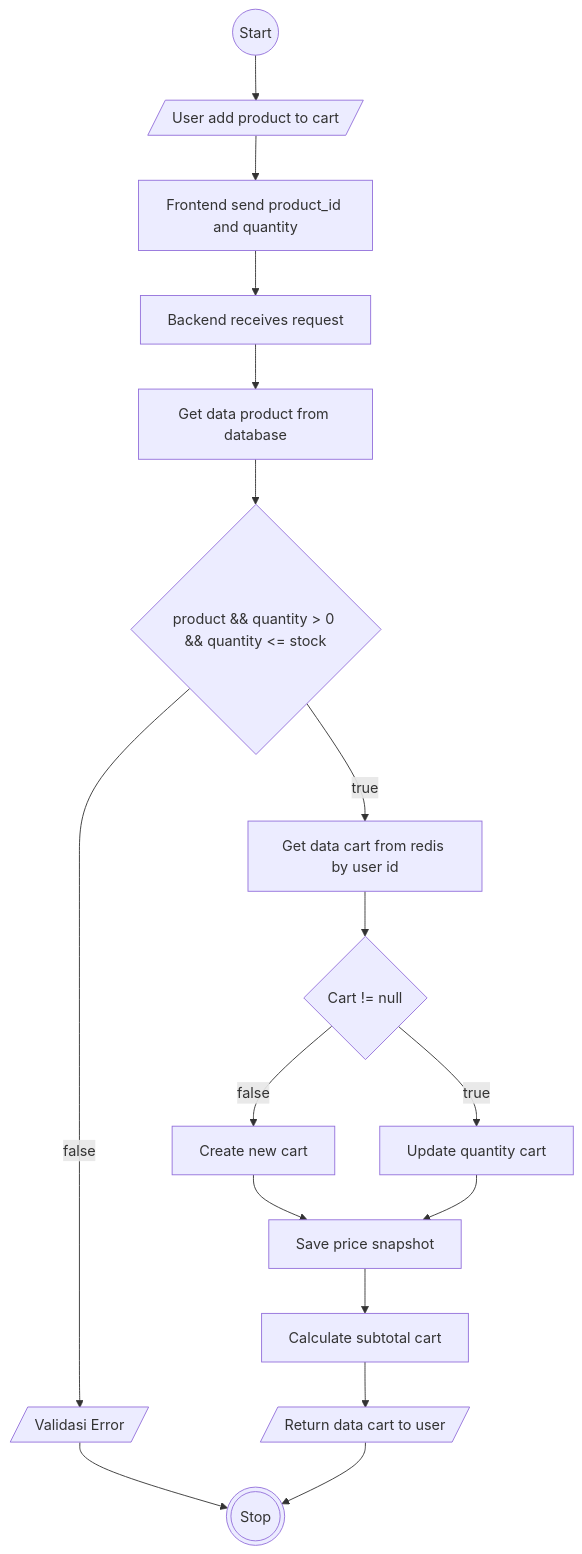
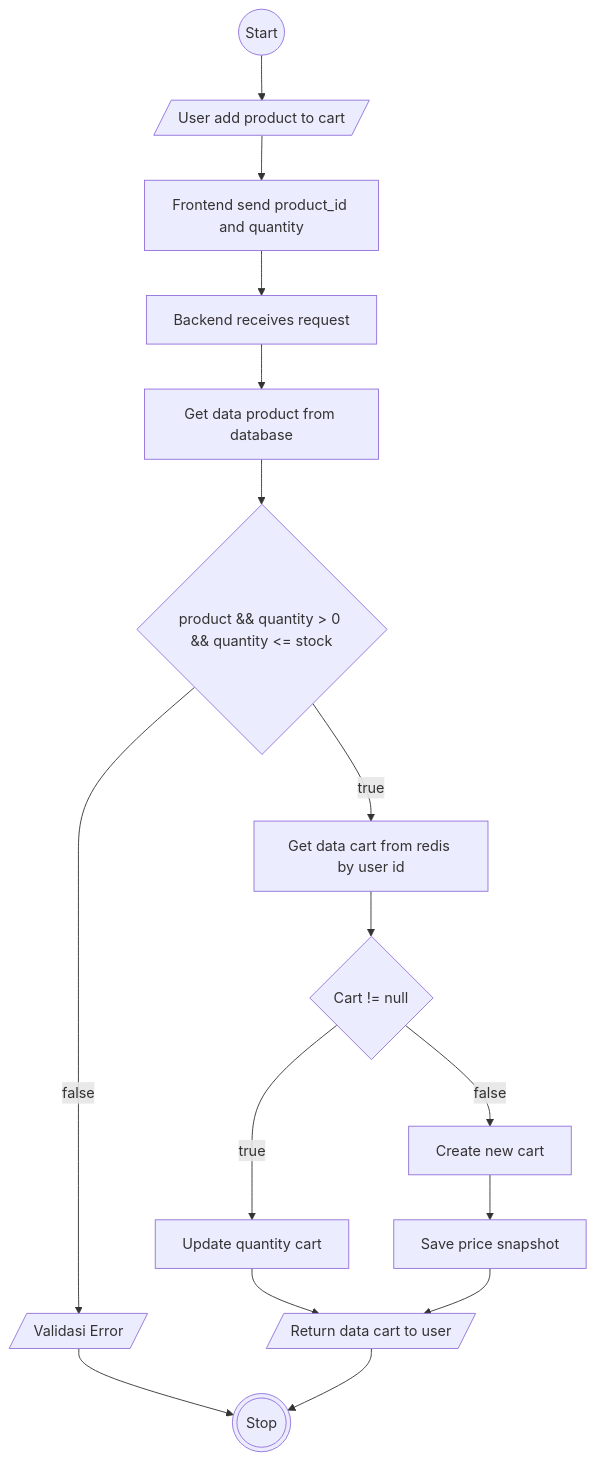
The third of 8 diagrams in README.md (ItsnaMaulanaHasan/system-design-carts-system), drawn with Mermaid before and after one commit. The commit also changed other lines of this file, not shown here.

Commit message:
feat: create requence diagram, achitecture diagram , and adjust flowchart

````diff
--- a/README.md
+++ b/README.md
@@ -72,37 +121,36 @@
 ```mermaid
 flowchart TD
     Start@{ shape: circle, label: "Start" }
     Stop@{ shape: dbl-circ, label: "Stop" }
 
     Add@{ shape: lean-r, label: "User add product to cart" }
     Send@{ shape: rect, label: "Frontend send product_id and quantity" }
 
     Receive@{ shape: rect, label: "Backend receives request" }
     Get@{ shape: rect, label: "Get data product from database" }
 
     Check@{ shape: diamond, label: "product && quantity > 0 && quantity <= stock" }
 
     Error@{ shape: lean-r, label: "Validasi Error" }
     GetDataFromRedis@{ shape: rect, label: "Get data cart from redis by user id" }
 
     CheckCart@{ shape: diamond, label: "Cart != null" }
 
     CreateNewCart@{ shape: rect, label: "Create new cart" }
     UpdateQtyCart@{ shape: rect, label: "Update quantity cart" }
 
     SavePriceSnapshot@{ shape: rect, label: "Save price snapshot" }
-    CalculateTotal@{ shape: rect, label: "Calculate subtotal cart" }
 
     ReturnCart@{ shape: lean-r, label: "Return data cart to user" }
 
     Start --> Add --> Send--> Receive --> Get --> Check
 
     Check-- false --> Error --> Stop
     Check-- true --> GetDataFromRedis --> CheckCart
 
     CheckCart -- false --> CreateNewCart --> SavePriceSnapshot
-    CheckCart -- true --> UpdateQtyCart --> SavePriceSnapshot
+    CheckCart -- true --> UpdateQtyCart --> ReturnCart
 
-    SavePriceSnapshot --> CalculateTotal --> ReturnCart --> Stop
+    SavePriceSnapshot --> ReturnCart --> Stop
 
 ```
````
